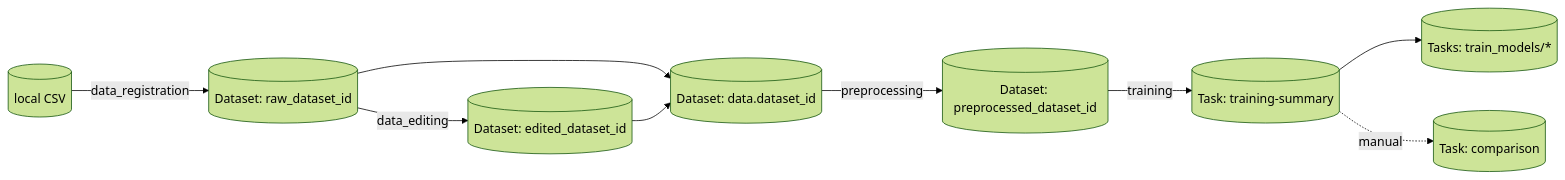
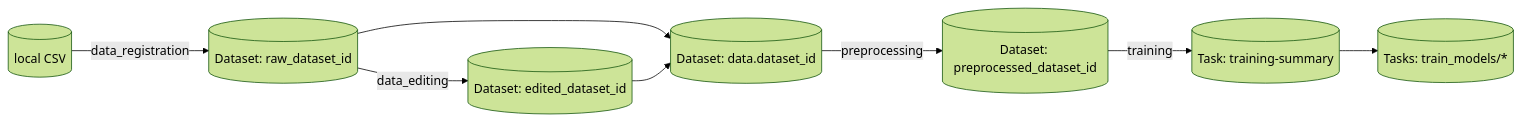
The sixth of 7 diagrams in README_dev.md (dkawa2523/automllibclearML2), drawn with Mermaid (forest theme) before and after one commit. The commit also changed other lines of this file and 182 other files, not shown here.

````diff
--- a/README_dev.md
+++ b/README_dev.md
@@ -459,11 +444,10 @@
 ```mermaid
 flowchart LR
   csv[(local CSV)] -->|data_registration| ds_raw[(Dataset: raw_dataset_id)]
   ds_raw -->|data_editing| ds_edit[(Dataset: edited_dataset_id)]
   ds_raw --> ds_in[(Dataset: data.dataset_id)]
   ds_edit --> ds_in
   ds_in -->|preprocessing| ds_pre[(Dataset: preprocessed_dataset_id)]
   ds_pre -->|training| task_train[(Task: training-summary)]
   task_train --> task_children[(Tasks: train_models/*)]
-  task_train -. manual .-> task_cmp[(Task: comparison)]
 ```
````
